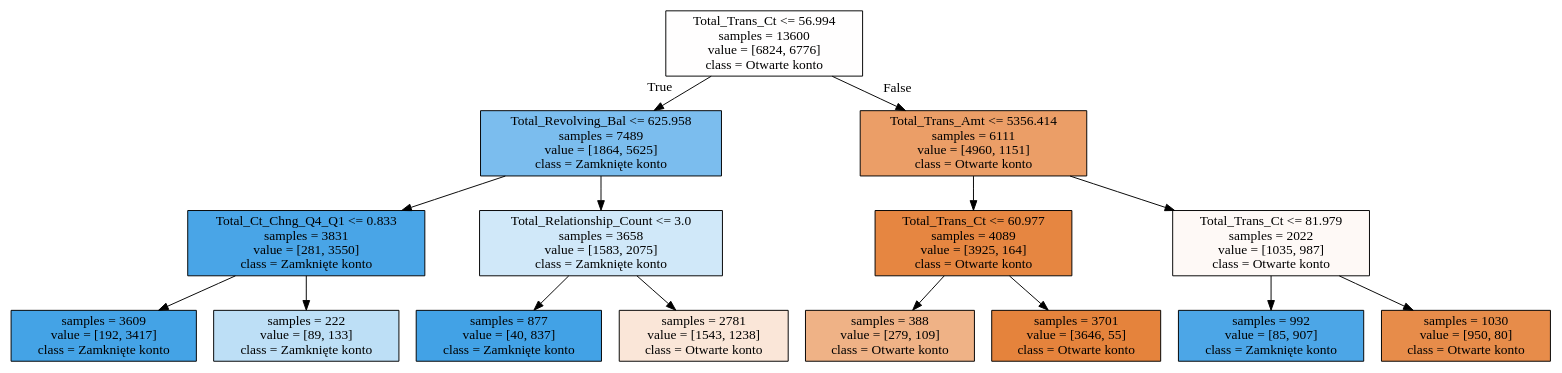
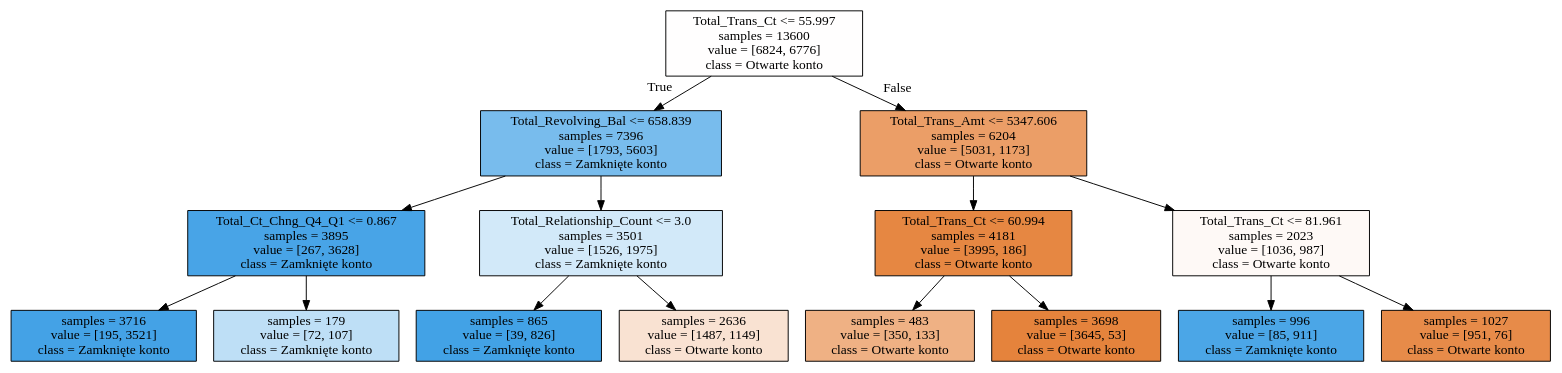
One commit to skuam/Credict_card_analize changed the diagram in tree.dot. Above: the diagram before and after it, drawn with Graphviz. The commit also changed 3 other files, not shown here.

```diff
--- a/tree.dot
+++ b/tree.dot
@@ -1,32 +1,32 @@
 digraph Tree {
 node [shape=box, style="filled", color="black"] ;
-0 [label="Total_Trans_Ct <= 56.994\nsamples = 13600\nvalue = [6824, 6776]\nclass = Otwarte konto", fillcolor="#fffefe"] ;
-1 [label="Total_Revolving_Bal <= 625.958\nsamples = 7489\nvalue = [1864, 5625]\nclass = Zamknięte konto", fillcolor="#7bbdee"] ;
+0 [label="Total_Trans_Ct <= 55.997\nsamples = 13600\nvalue = [6824, 6776]\nclass = Otwarte konto", fillcolor="#fffefe"] ;
+1 [label="Total_Revolving_Bal <= 658.839\nsamples = 7396\nvalue = [1793, 5603]\nclass = Zamknięte konto", fillcolor="#78bced"] ;
 0 -> 1 [labeldistance=2.5, labelangle=45, headlabel="True"] ;
-2 [label="Total_Ct_Chng_Q4_Q1 <= 0.833\nsamples = 3831\nvalue = [281, 3550]\nclass = Zamknięte konto", fillcolor="#49a5e7"] ;
+2 [label="Total_Ct_Chng_Q4_Q1 <= 0.867\nsamples = 3895\nvalue = [267, 3628]\nclass = Zamknięte konto", fillcolor="#48a4e7"] ;
 1 -> 2 ;
-3 [label="samples = 3609\nvalue = [192, 3417]\nclass = Zamknięte konto", fillcolor="#44a3e6"] ;
+3 [label="samples = 3716\nvalue = [195, 3521]\nclass = Zamknięte konto", fillcolor="#44a2e6"] ;
 2 -> 3 ;
-4 [label="samples = 222\nvalue = [89, 133]\nclass = Zamknięte konto", fillcolor="#bddff6"] ;
+4 [label="samples = 179\nvalue = [72, 107]\nclass = Zamknięte konto", fillcolor="#bedff6"] ;
 2 -> 4 ;
-5 [label="Total_Relationship_Count <= 3.0\nsamples = 3658\nvalue = [1583, 2075]\nclass = Zamknięte konto", fillcolor="#d0e8f9"] ;
+5 [label="Total_Relationship_Count <= 3.0\nsamples = 3501\nvalue = [1526, 1975]\nclass = Zamknięte konto", fillcolor="#d2e9f9"] ;
 1 -> 5 ;
-6 [label="samples = 877\nvalue = [40, 837]\nclass = Zamknięte konto", fillcolor="#42a2e6"] ;
+6 [label="samples = 865\nvalue = [39, 826]\nclass = Zamknięte konto", fillcolor="#42a2e6"] ;
 5 -> 6 ;
-7 [label="samples = 2781\nvalue = [1543, 1238]\nclass = Otwarte konto", fillcolor="#fae6d8"] ;
+7 [label="samples = 2636\nvalue = [1487, 1149]\nclass = Otwarte konto", fillcolor="#f9e2d2"] ;
 5 -> 7 ;
-8 [label="Total_Trans_Amt <= 5356.414\nsamples = 6111\nvalue = [4960, 1151]\nclass = Otwarte konto", fillcolor="#eb9e67"] ;
+8 [label="Total_Trans_Amt <= 5347.606\nsamples = 6204\nvalue = [5031, 1173]\nclass = Otwarte konto", fillcolor="#eb9e67"] ;
 0 -> 8 [labeldistance=2.5, labelangle=-45, headlabel="False"] ;
-9 [label="Total_Trans_Ct <= 60.977\nsamples = 4089\nvalue = [3925, 164]\nclass = Otwarte konto", fillcolor="#e68641"] ;
+9 [label="Total_Trans_Ct <= 60.994\nsamples = 4181\nvalue = [3995, 186]\nclass = Otwarte konto", fillcolor="#e68742"] ;
 8 -> 9 ;
-10 [label="samples = 388\nvalue = [279, 109]\nclass = Otwarte konto", fillcolor="#efb286"] ;
+10 [label="samples = 483\nvalue = [350, 133]\nclass = Otwarte konto", fillcolor="#efb184"] ;
 9 -> 10 ;
-11 [label="samples = 3701\nvalue = [3646, 55]\nclass = Otwarte konto", fillcolor="#e5833c"] ;
+11 [label="samples = 3698\nvalue = [3645, 53]\nclass = Otwarte konto", fillcolor="#e5833c"] ;
 9 -> 11 ;
-12 [label="Total_Trans_Ct <= 81.979\nsamples = 2022\nvalue = [1035, 987]\nclass = Otwarte konto", fillcolor="#fef9f6"] ;
+12 [label="Total_Trans_Ct <= 81.961\nsamples = 2023\nvalue = [1036, 987]\nclass = Otwarte konto", fillcolor="#fef9f6"] ;
 8 -> 12 ;
-13 [label="samples = 992\nvalue = [85, 907]\nclass = Zamknięte konto", fillcolor="#4ca6e7"] ;
+13 [label="samples = 996\nvalue = [85, 911]\nclass = Zamknięte konto", fillcolor="#4ba6e7"] ;
 12 -> 13 ;
-14 [label="samples = 1030\nvalue = [950, 80]\nclass = Otwarte konto", fillcolor="#e78c4a"] ;
+14 [label="samples = 1027\nvalue = [951, 76]\nclass = Otwarte konto", fillcolor="#e78b49"] ;
 12 -> 14 ;
 }
```
